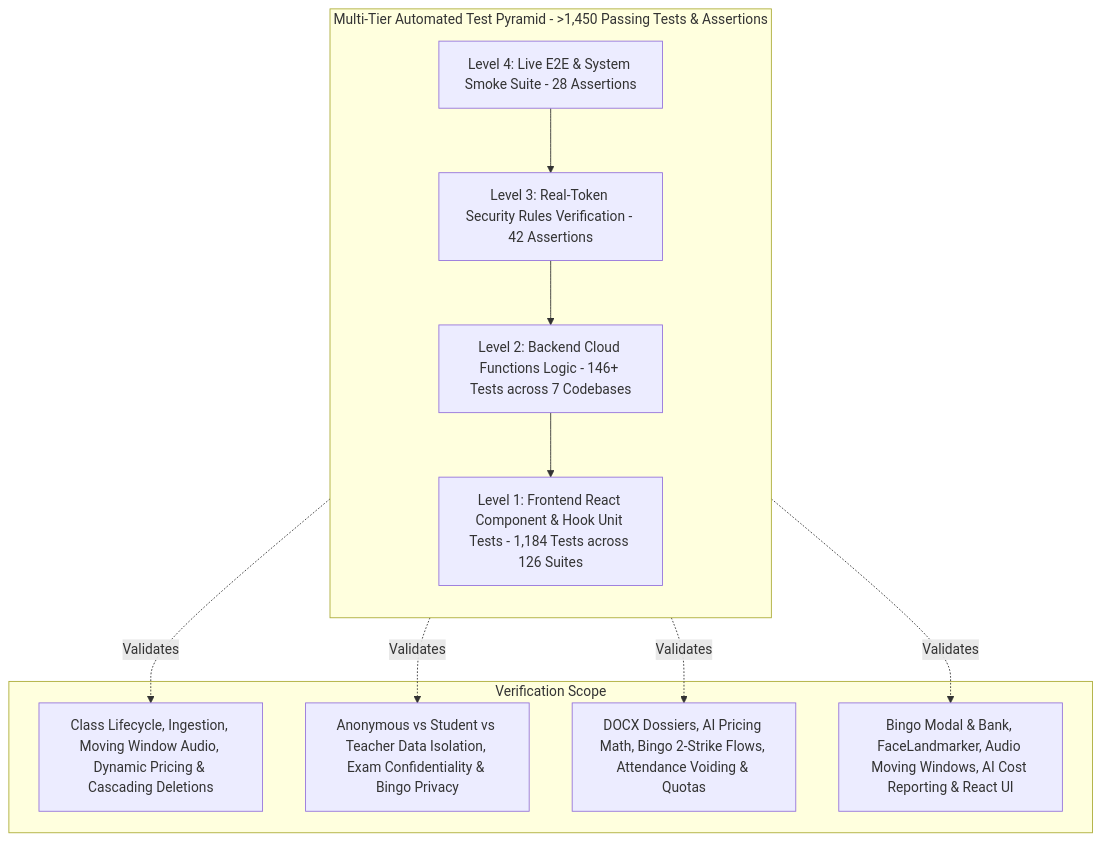
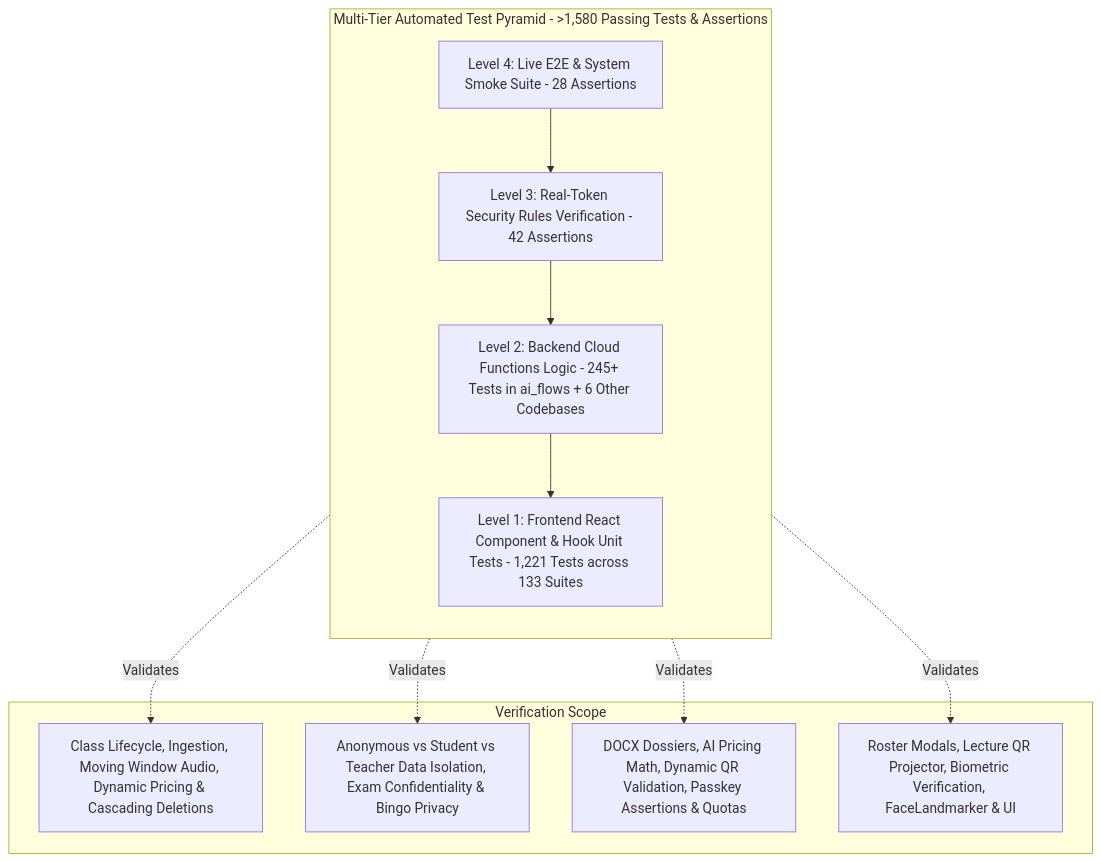
One commit to wongcyrus/Google-AI-Classroom changed the diagram in docs/testing-strategy-and-coverage.md. Above: the diagram before and after it, drawn with Mermaid. The commit also changed other lines of this file and 7 other files, not shown here.

First line of the commit message:
docs: reconcile master documentation index, schema, functions, and testing strategy

````diff
--- a/docs/testing-strategy-and-coverage.md
+++ b/docs/testing-strategy-and-coverage.md
@@ -31,19 +31,19 @@
 ```mermaid
 flowchart TD
-    subgraph Pyramid [Multi-Tier Automated Test Pyramid - >1,450 Passing Tests & Assertions]
+    subgraph Pyramid [Multi-Tier Automated Test Pyramid - >1,580 Passing Tests & Assertions]
         direction TB
         L4[Level 4: Live E2E & System Smoke Suite - 28 Assertions]
         L3[Level 3: Real-Token Security Rules Verification - 42 Assertions]
-        L2[Level 2: Backend Cloud Functions Logic - 146+ Tests across 7 Codebases]
-        L1[Level 1: Frontend React Component & Hook Unit Tests - 1,184 Tests across 126 Suites]
+        L2[Level 2: Backend Cloud Functions Logic - 245+ Tests in ai_flows + 6 Other Codebases]
+        L1[Level 1: Frontend React Component & Hook Unit Tests - 1,221 Tests across 133 Suites]
         
         L4 --> L3 --> L2 --> L1
     end
 
     subgraph Details [Verification Scope]
         L4 -.->|Validates| D4[Class Lifecycle, Ingestion, Moving Window Audio, Dynamic Pricing & Cascading Deletions]
         L3 -.->|Validates| D3[Anonymous vs Student vs Teacher Data Isolation, Exam Confidentiality & Bingo Privacy]
-        L2 -.->|Validates| D2[DOCX Dossiers, AI Pricing Math, Bingo 2-Strike Flows, Attendance Voiding & Quotas]
-        L1 -.->|Validates| D1[Bingo Modal & Bank, FaceLandmarker, Audio Moving Windows, AI Cost Reporting & React UI]
+        L2 -.->|Validates| D2[DOCX Dossiers, AI Pricing Math, Dynamic QR Validation, Passkey Assertions & Quotas]
+        L1 -.->|Validates| D1[Roster Modals, Lecture QR Projector, Biometric Verification, FaceLandmarker & UI]
     end
 ```
````
